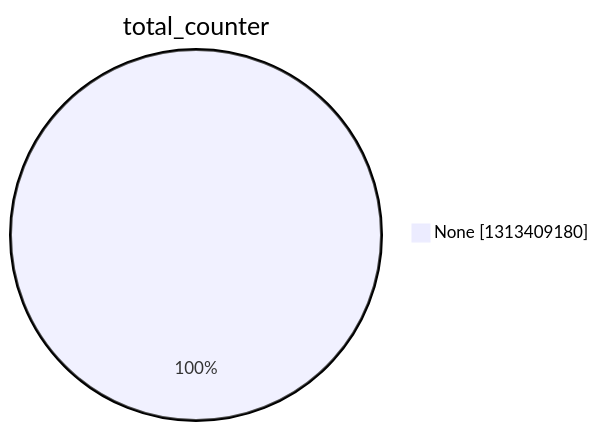
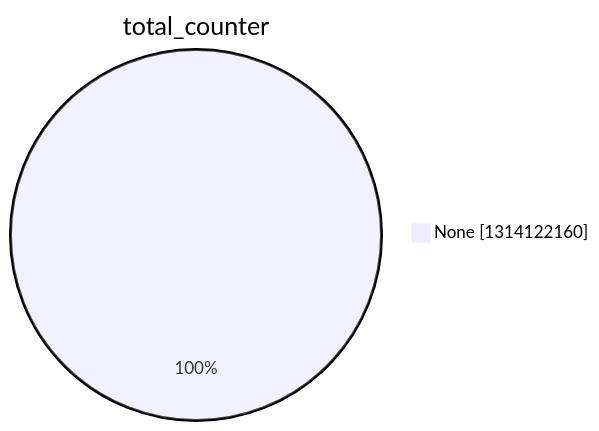
One commit to christiankrug/ctmonitor_visualization changed the second of 15 diagrams in argon2022/README.md. Above: the diagram before and after it, drawn with Mermaid. The commit also changed other lines of this file, not shown here.

````diff
--- a/argon2022/README.md
+++ b/argon2022/README.md
@@ -9,5 +9,5 @@
 ```mermaid
 pie showData
 title total_counter
-"None" :1313409180
+"None" :1314122160
 ```
````
